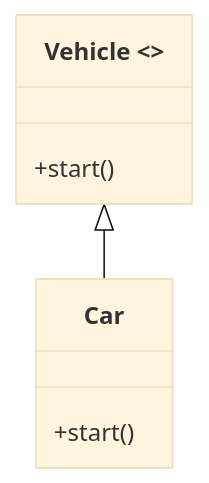
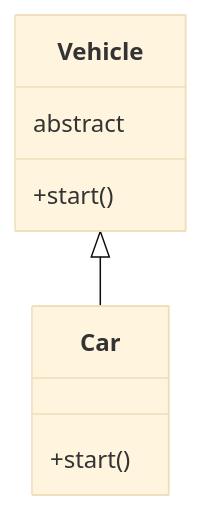
Before and after one commit to gojosatoru123-ux/CacheU: the fourth of 12 diagrams in src/content/lld-oop-concepts.md, drawn with Mermaid (base theme). The commit also changed 149 other files, not shown here.

````diff
--- a/src/content/lld-oop-concepts.md
+++ b/src/content/lld-oop-concepts.md
@@ -541,12 +541,13 @@
 ```mermaid
 classDiagram
-    class Vehicle["Vehicle <<abstract>>"] {
+    class Vehicle {
+        abstract
         +start()
     }
 
     class Car {
         +start()
     }
 
     Vehicle <|-- Car
 ```
````
